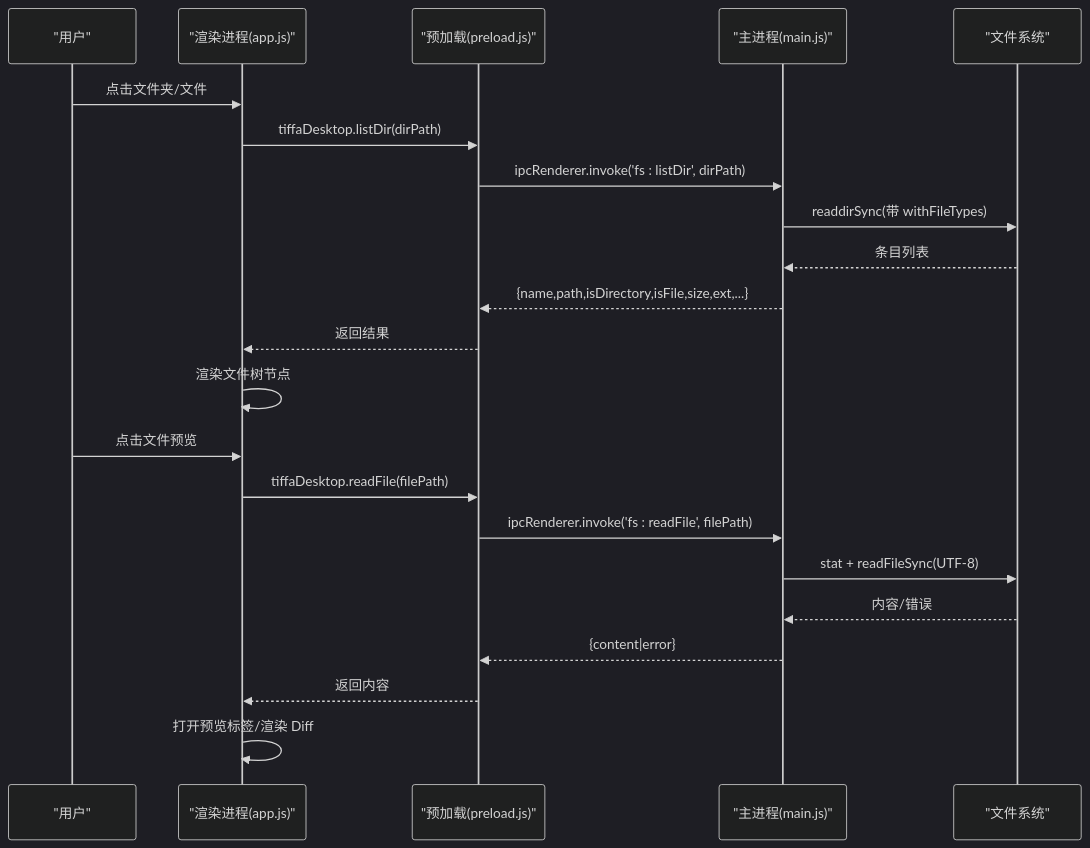
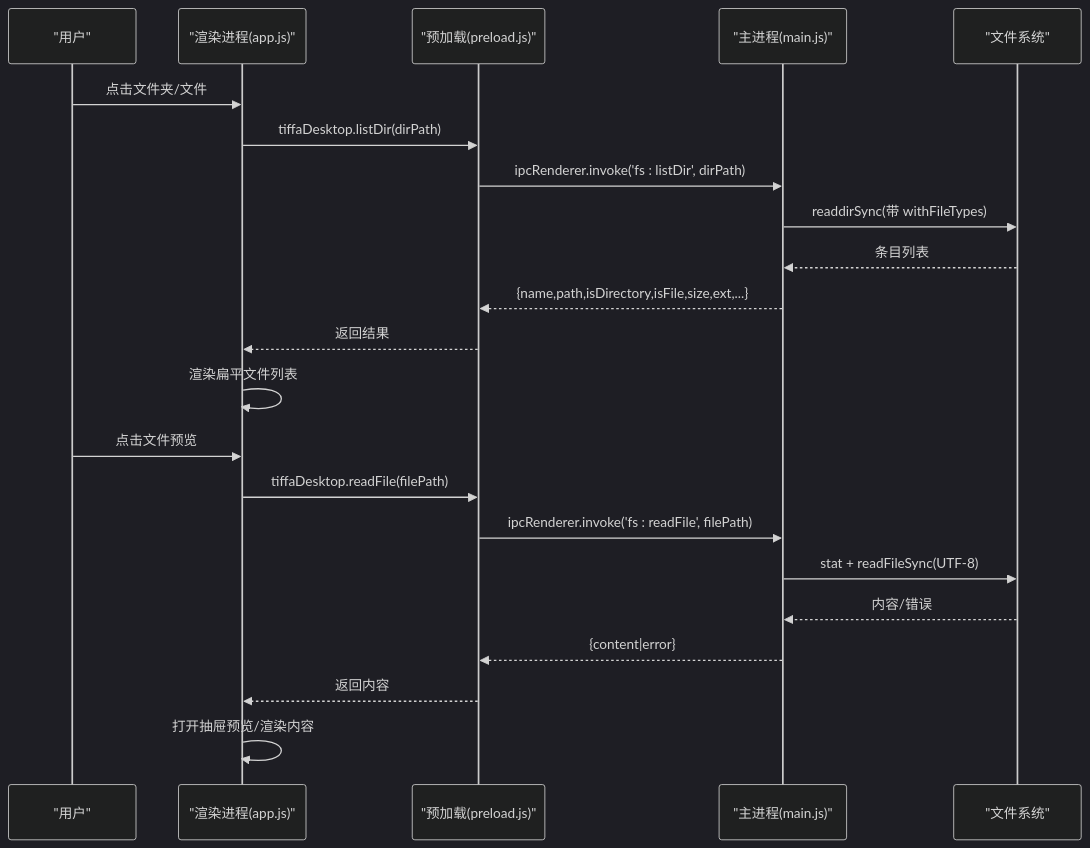
The second of 5 diagrams in .qoder/repowiki/zh/content/用户界面/界面组件/文件浏览器.md (swond-Mao/Tiffa), drawn with Mermaid (dark theme) before and after one commit. The commit also changed other lines of this file and 73 other files, not shown here.

First line of the commit message:
feat: Tiffa 品牌图标 + Computer Use v2 + WebP 静默崩修复

````diff
--- a/.qoder/repowiki/zh/content/用户界面/界面组件/文件浏览器.md
+++ b/.qoder/repowiki/zh/content/用户界面/界面组件/文件浏览器.md
@@ -82,24 +98,24 @@
 ```mermaid
 sequenceDiagram
 participant U as "用户"
 participant R as "渲染进程(app.js)"
 participant P as "预加载(preload.js)"
 participant M as "主进程(main.js)"
 participant F as "文件系统"
 U->>R : 点击文件夹/文件
 R->>P : tiffaDesktop.listDir(dirPath)
 P->>M : ipcRenderer.invoke('fs : listDir', dirPath)
 M->>F : readdirSync(带 withFileTypes)
 F-->>M : 条目列表
 M-->>P : {name,path,isDirectory,isFile,size,ext,...}
 P-->>R : 返回结果
-R->>R : 渲染文件树节点
+R->>R : 渲染扁平文件列表
 U->>R : 点击文件预览
 R->>P : tiffaDesktop.readFile(filePath)
 P->>M : ipcRenderer.invoke('fs : readFile', filePath)
 M->>F : stat + readFileSync(UTF-8)
 F-->>M : 内容/错误
 M-->>P : {content|error}
 P-->>R : 返回内容
-R->>R : 打开预览标签/渲染 Diff
+R->>R : 打开抽屉预览/渲染内容
 ```
````
